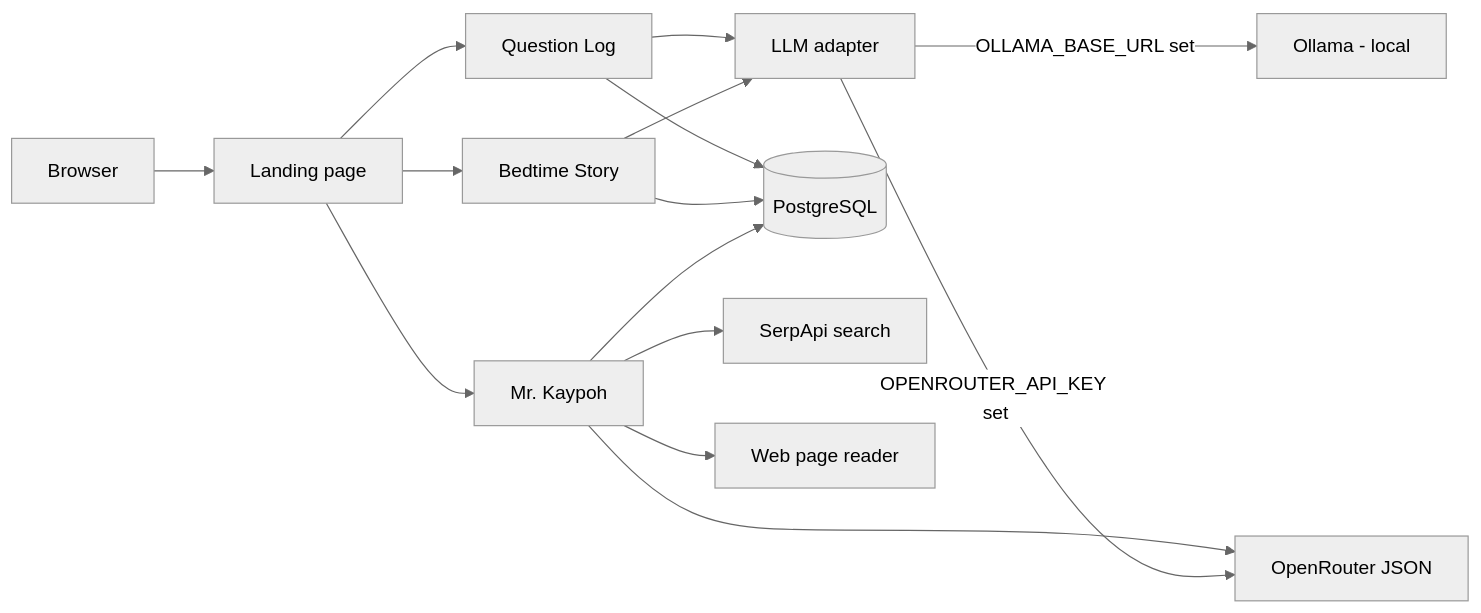
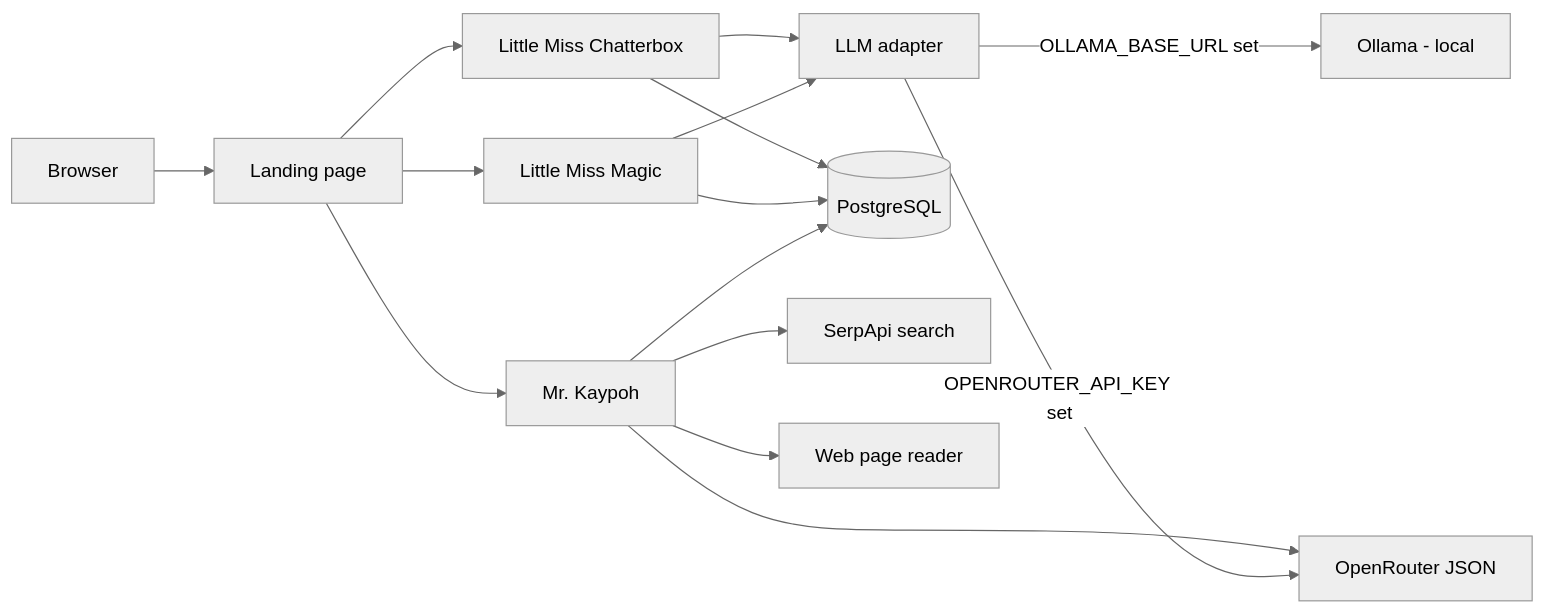
Before and after one commit to gelwuyl/ai-playground-fastapi-ollama-postgres: the diagram in README.md, drawn with Mermaid (neutral theme). The commit also changed other lines of this file and 5 other files, not shown here.

First line of the commit message:
rename: Chat -> Little Miss Chatterbox, Bedtime Story Generator -> Little Miss Magic

````diff
--- a/README.md
+++ b/README.md
@@ -20,17 +20,17 @@
 ```mermaid
 flowchart LR
     B[Browser] --> L[Landing page]
-    L --> Q[Question Log]
-    L --> S[Bedtime Story]
+    L --> Q[Little Miss Chatterbox]
+    L --> S[Little Miss Magic]
     L --> R[Mr. Kaypoh]
     Q --> A[LLM adapter]
     S --> A
     R --> OR[OpenRouter JSON]
     A -->|OPENROUTER_API_KEY set| OR
     A -->|OLLAMA_BASE_URL set| O[Ollama - local]
     Q --> P[(PostgreSQL)]
     S --> P
     R --> P
     R --> SE[SerpApi search]
     R --> WB[Web page reader]
 ```
````
